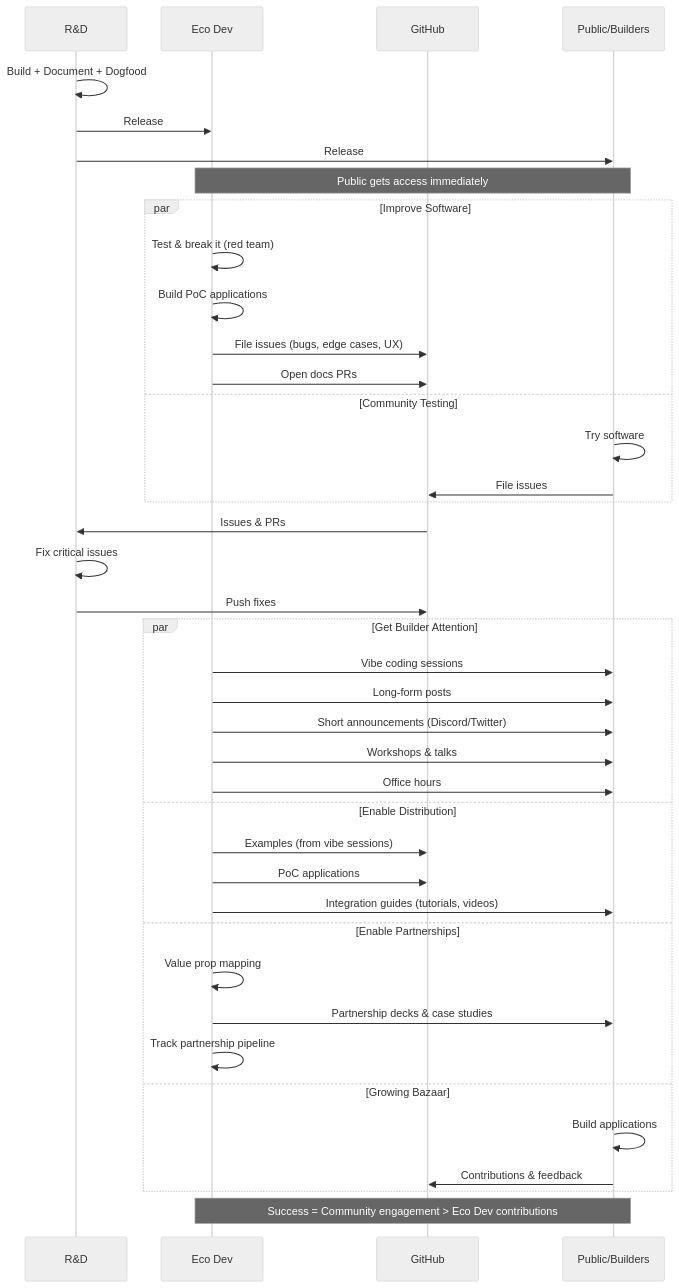
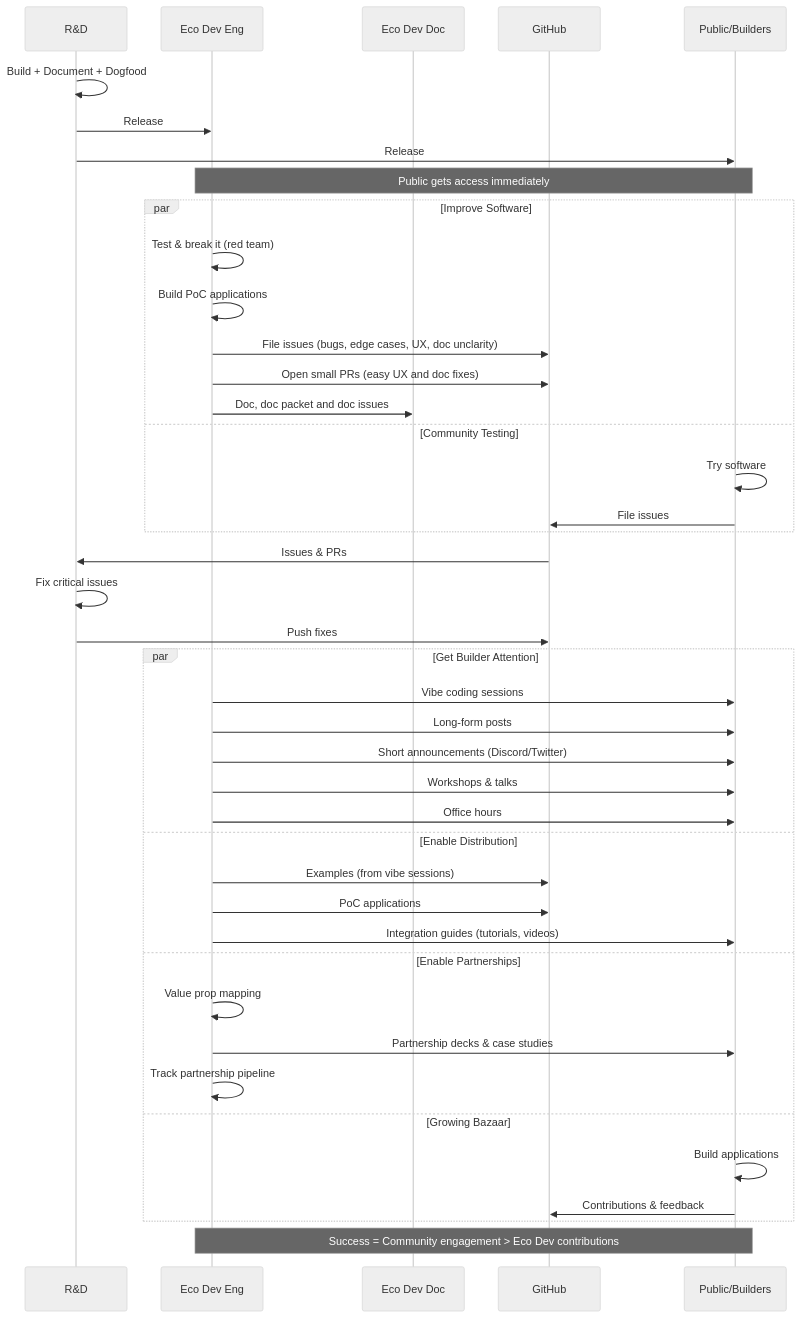
One commit to logos-co/ecosystem changed the diagram in content/handoff.md. Above: the diagram before and after it, drawn with Mermaid (neutral theme). The commit also changed other lines of this file and 1 other file, not shown here.

Commit message:
Add docs to handoff

````diff
--- a/content/handoff.md
+++ b/content/handoff.md
@@ -113,48 +116,50 @@
 ```mermaid
 sequenceDiagram
     participant RD as R&D
-    participant ED as Eco Dev
+    participant EDE as Eco Dev Eng
+    participant EDD as Eco Dev Doc
     participant GH as GitHub
     participant PUB as Public/Builders
 
     RD->>RD: Build + Document + Dogfood
-    RD->>ED: Release
+    RD->>EDE: Release
     RD->>PUB: Release
 
-    Note over ED,PUB: Public gets access immediately
+    Note over EDE,PUB: Public gets access immediately
 
     par Improve Software
-        ED->>ED: Test & break it (red team)
-        ED->>ED: Build PoC applications
-        ED->>GH: File issues (bugs, edge cases, UX)
-        ED->>GH: Open docs PRs
+        EDE->>EDE: Test & break it (red team)
+        EDE->>EDE: Build PoC applications
+        EDE->>GH: File issues (bugs, edge cases, UX, doc unclarity)
+        EDE->>GH: Open small PRs (easy UX and doc fixes)
+        EDE->>EDD: Doc, doc packet and doc issues
     and Community Testing
         PUB->>PUB: Try software
         PUB->>GH: File issues
     end
 
     GH->>RD: Issues & PRs
     RD->>RD: Fix critical issues
     RD->>GH: Push fixes
 
     par Get Builder Attention
-        ED->>PUB: Vibe coding sessions
-        ED->>PUB: Long-form posts
-        ED->>PUB: Short announcements (Discord/Twitter)
-        ED->>PUB: Workshops & talks
-        ED->>PUB: Office hours
+        EDE->>PUB: Vibe coding sessions
+        EDE->>PUB: Long-form posts
+        EDE->>PUB: Short announcements (Discord/Twitter)
+        EDE->>PUB: Workshops & talks
+        EDE->>PUB: Office hours
     and Enable Distribution
-        ED->>GH: Examples (from vibe sessions)
-        ED->>GH: PoC applications
-        ED->>PUB: Integration guides (tutorials, videos)
+        EDE->>GH: Examples (from vibe sessions)
+        EDE->>GH: PoC applications
+        EDE->>PUB: Integration guides (tutorials, videos)
     and Enable Partnerships
-        ED->>ED: Value prop mapping
-        ED->>PUB: Partnership decks & case studies
-        ED->>ED: Track partnership pipeline
+        EDE->>EDE: Value prop mapping
+        EDE->>PUB: Partnership decks & case studies
+        EDE->>EDE: Track partnership pipeline
     and Growing Bazaar
         PUB->>PUB: Build applications
         PUB->>GH: Contributions & feedback
     end
 
-    Note over ED,PUB: Success = Community engagement > Eco Dev contributions
+    Note over EDE,PUB: Success = Community engagement > Eco Dev contributions
 ```
````
